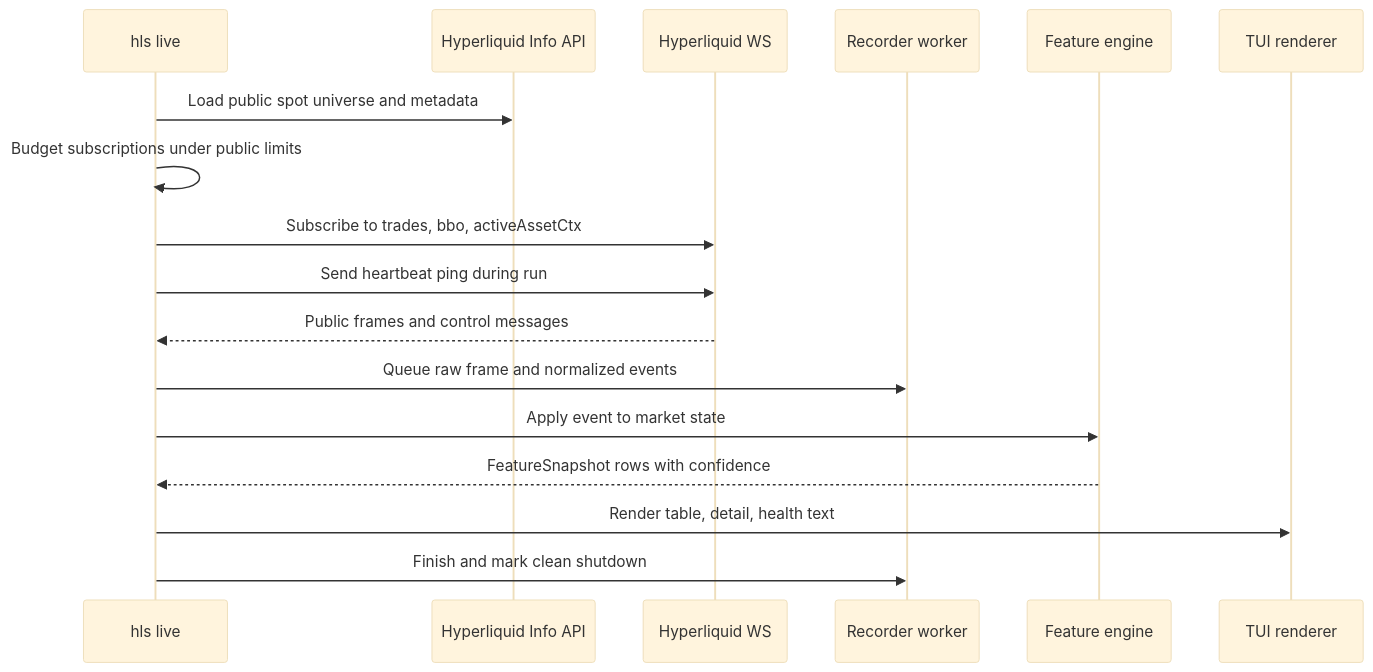
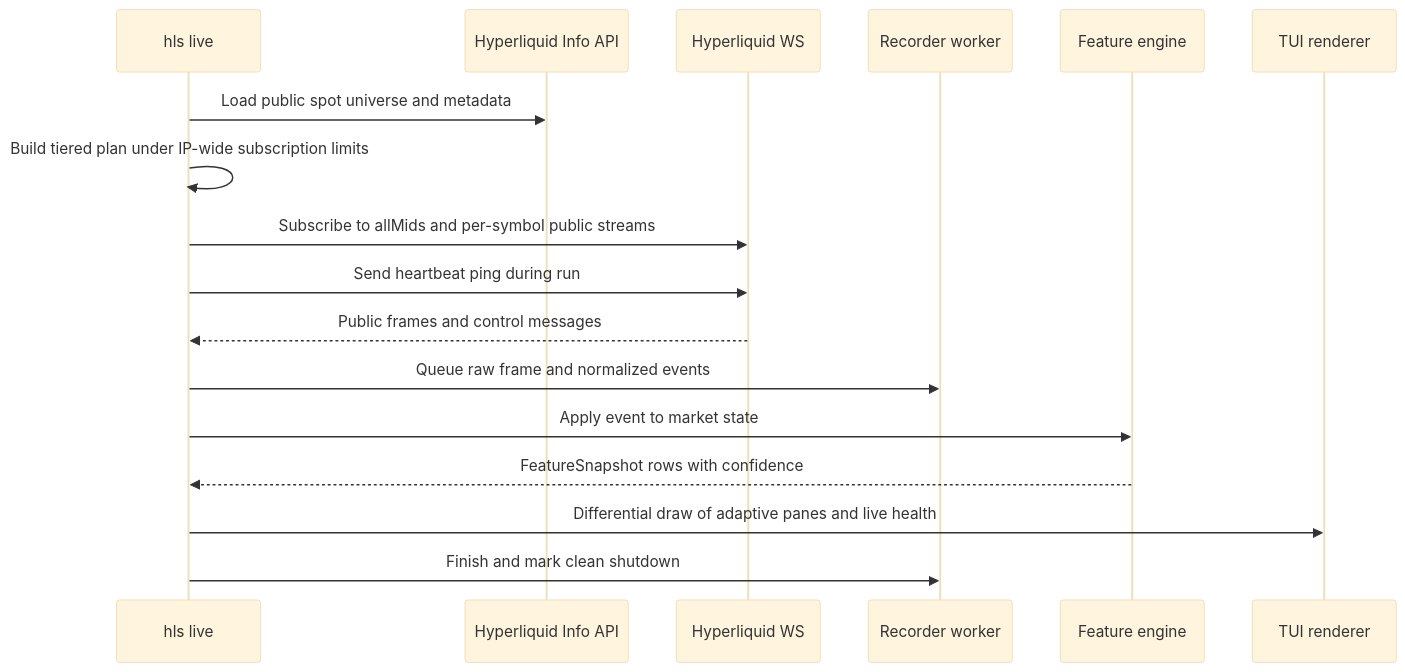
One commit to rsitech-ai/hlscreen changed the third of 4 diagrams in docs/architecture.md. Above: the diagram before and after it, drawn with Mermaid (base theme). The commit also changed other lines of this file and 39 other files, not shown here.

````diff
--- a/docs/architecture.md
+++ b/docs/architecture.md
@@ -69,20 +69,20 @@
 ```mermaid
 sequenceDiagram
     participant CLI as hls live
     participant REST as Hyperliquid Info API
     participant WS as Hyperliquid WS
     participant REC as Recorder worker
     participant FEAT as Feature engine
     participant TUI as TUI renderer
 
     CLI->>REST: Load public spot universe and metadata
-    CLI->>CLI: Budget subscriptions under public limits
-    CLI->>WS: Subscribe to trades, bbo, activeAssetCtx
+    CLI->>CLI: Build tiered plan under IP-wide subscription limits
+    CLI->>WS: Subscribe to allMids and per-symbol public streams
     CLI->>WS: Send heartbeat ping during run
     WS-->>CLI: Public frames and control messages
     CLI->>REC: Queue raw frame and normalized events
     CLI->>FEAT: Apply event to market state
     FEAT-->>CLI: FeatureSnapshot rows with confidence
-    CLI->>TUI: Render table, detail, health text
+    CLI->>TUI: Differential draw of adaptive panes and live health
     CLI->>REC: Finish and mark clean shutdown
 ```
````
